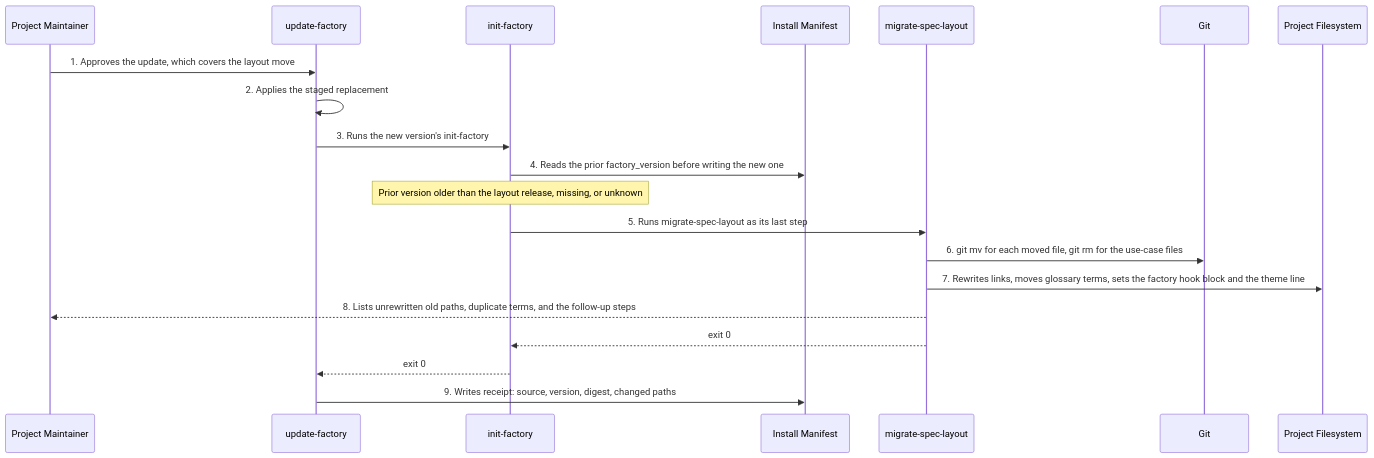
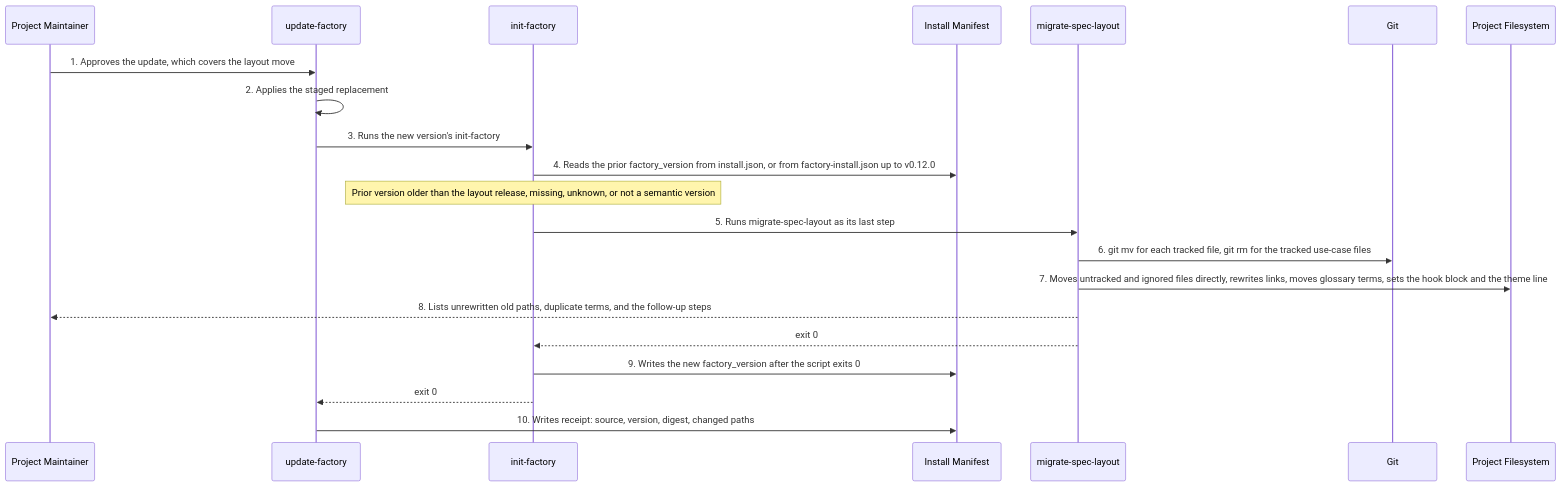
One commit to matthiasdaues/agent_factory changed diagram 18 of 19 in docs/arc42/06_runtime_view.md. Above: the diagram before and after it, drawn with Mermaid. The commit also changed other lines of this file and 36 other files, not shown here.

````diff
--- a/docs/arc42/06_runtime_view.md
+++ b/docs/arc42/06_runtime_view.md
@@ -591,23 +591,24 @@
 ```mermaid
 sequenceDiagram
     participant M as Project Maintainer
     participant UF as update-factory
     participant IF as init-factory
     participant IM as Install Manifest
     participant MSL as migrate-spec-layout
     participant G as Git
     participant PF as Project Filesystem
 
     M->>UF: 1. Approves the update, which covers the layout move
     UF->>UF: 2. Applies the staged replacement
     UF->>IF: 3. Runs the new version's init-factory
-    IF->>IM: 4. Reads the prior factory_version before writing the new one
-    Note over IF: Prior version older than the layout release, missing, or unknown
+    IF->>IM: 4. Reads the prior factory_version from install.json, or from factory-install.json up to v0.12.0
+    Note over IF: Prior version older than the layout release, missing, unknown, or not a semantic version
     IF->>MSL: 5. Runs migrate-spec-layout as its last step
-    MSL->>G: 6. git mv for each moved file, git rm for the use-case files
-    MSL->>PF: 7. Rewrites links, moves glossary terms, sets the factory hook block and the theme line
+    MSL->>G: 6. git mv for each tracked file, git rm for the tracked use-case files
+    MSL->>PF: 7. Moves untracked and ignored files directly, rewrites links, moves glossary terms, sets the hook block and the theme line
     MSL-->>M: 8. Lists unrewritten old paths, duplicate terms, and the follow-up steps
     MSL-->>IF: exit 0
+    IF->>IM: 9. Writes the new factory_version after the script exits 0
     IF-->>UF: exit 0
-    UF->>IM: 9. Writes receipt: source, version, digest, changed paths
+    UF->>IM: 10. Writes receipt: source, version, digest, changed paths
 ```
````
